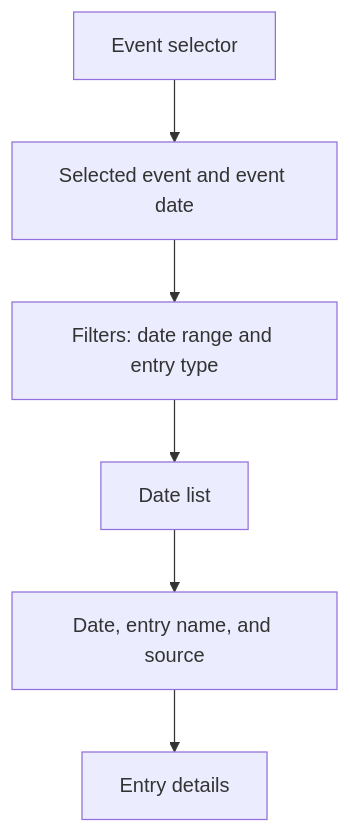
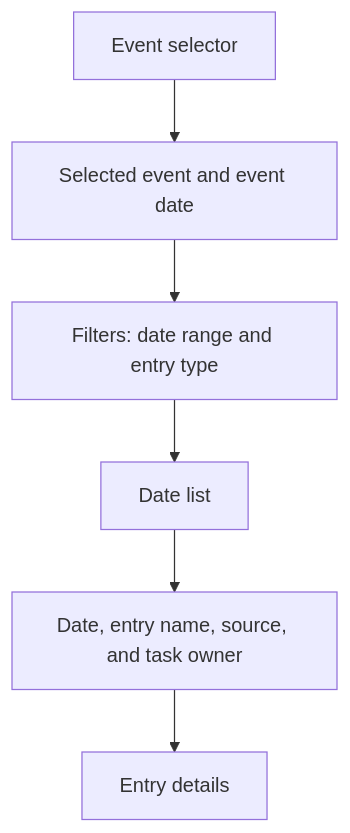
Before and after one commit to TonyFlury/GarageSale: the fifth of 9 diagrams in docs/design/event-calendar.md, drawn with Mermaid. The commit also changed other lines of this file, not shown here.

Commit message:
Define optional task owners and whole-team calendar tasks

````diff
--- a/docs/design/event-calendar.md
+++ b/docs/design/event-calendar.md
@@ -279,8 +282,8 @@
 ```mermaid
 flowchart TD
     A[Event selector] --> B[Selected event and event date]
     B --> C[Filters: date range and entry type]
     C --> D[Date list]
-    D --> E[Date, entry name, and source]
+    D --> E[Date, entry name, source, and task owner]
     E --> F[Entry details]
 ```
````
